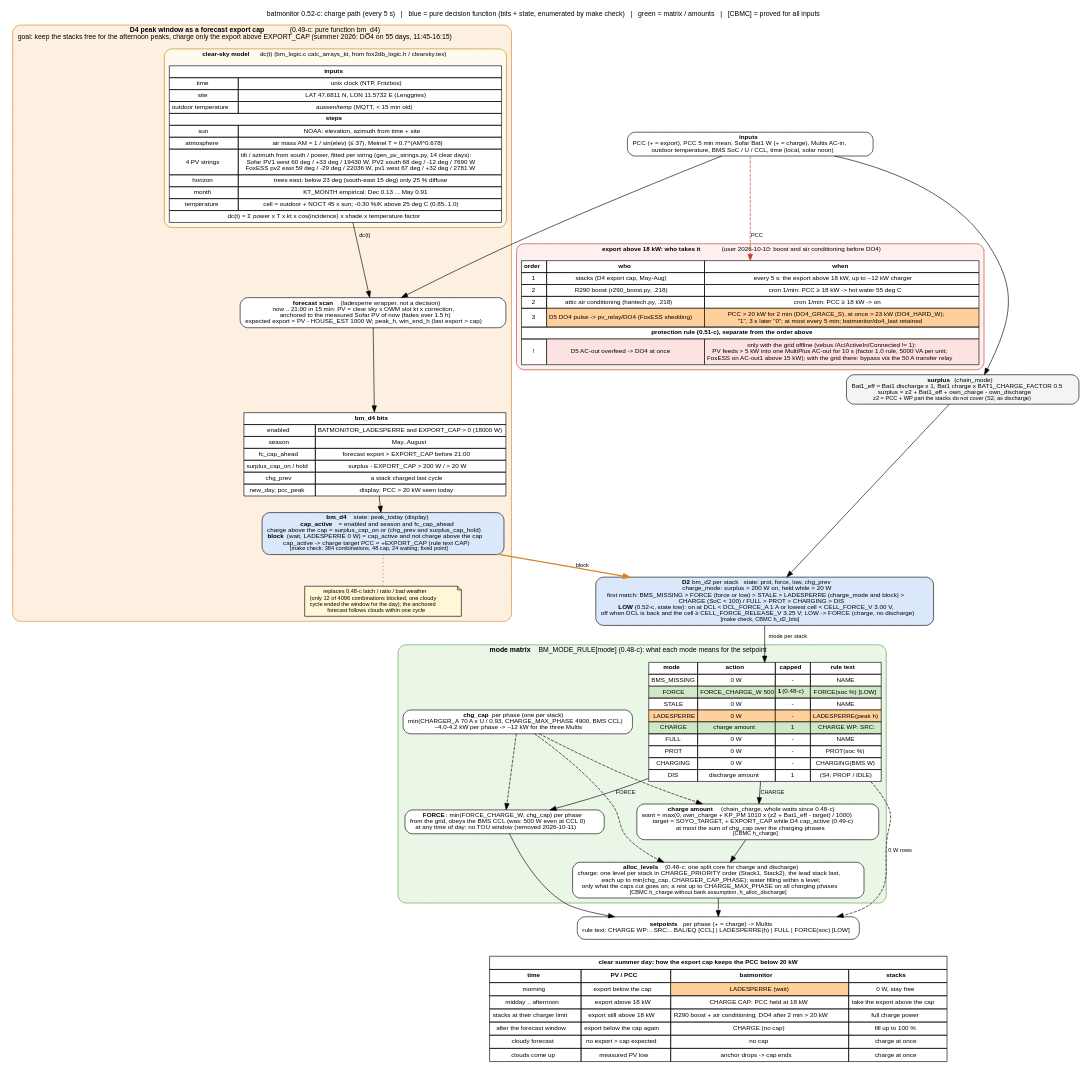
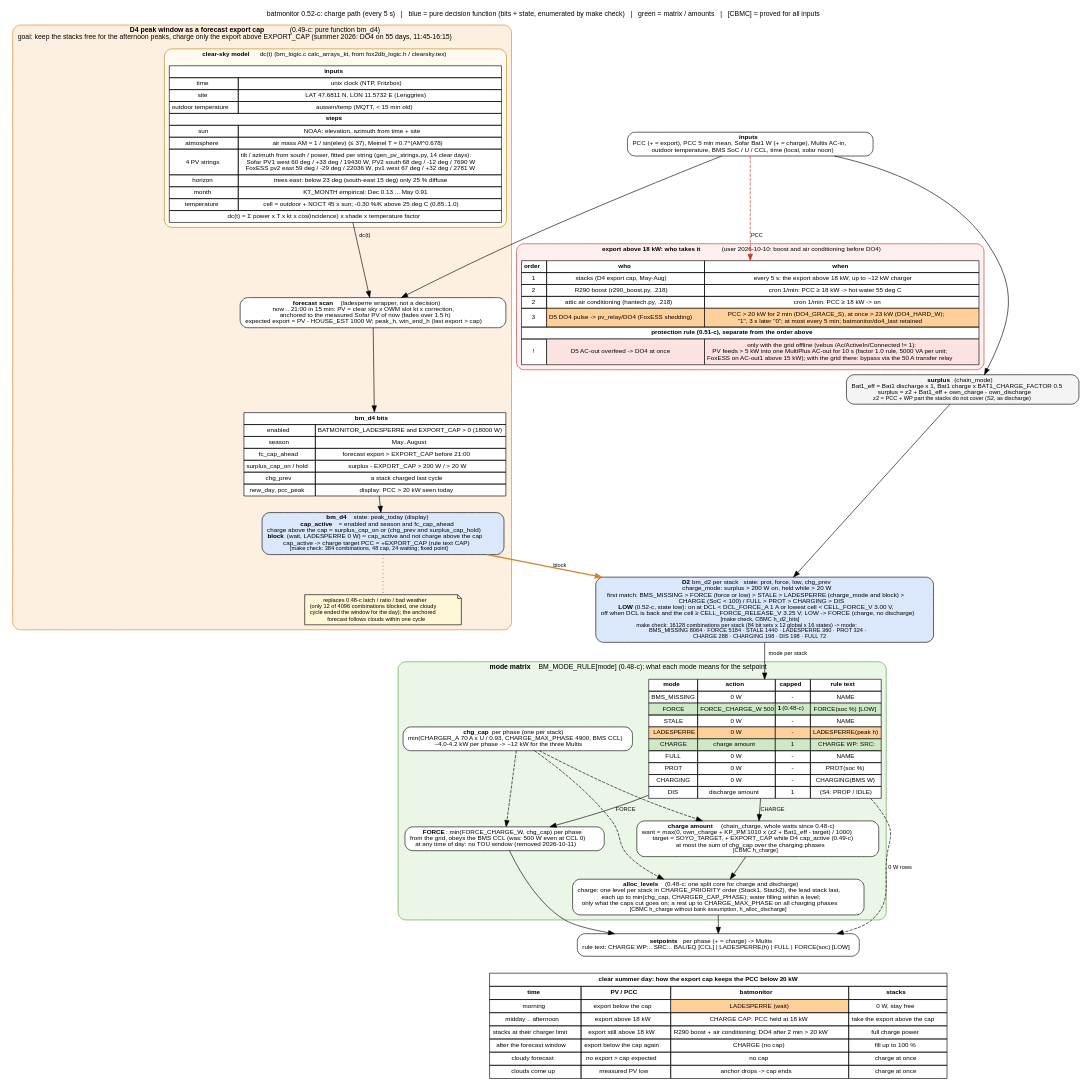
The diagram in docs/charge_flow.dot (gerontec/victron), drawn with Graphviz before and after one commit. The commit also changed 8 other files, not shown here.

Commit message:
docs: D2 boxes of the three flow charts labelled with the make check counts per stack (16128 -> nine modes)

```diff
--- a/docs/charge_flow.dot
+++ b/docs/charge_flow.dot
@@ -1,123 +1,123 @@
 // batmonitor 0.52-c: charge path of one cycle as decision matrices, with the summer peak window (D4 LADESPERRE)
 // that keeps the stacks free in the morning so they take the midday PV and the PCC export stays below 20 kW.
 // render: dot -Tpdf charge_flow.dot -o charge_flow.pdf   (or -Tpng)
 digraph charge {
 	graph [rankdir=TB, fontname="Helvetica", fontsize=11, nodesep=0.35, ranksep=0.35, newrank=true,
 		   label="batmonitor 0.52-c: charge path (every 5 s)   |   blue = pure decision function (bits + state, enumerated by make check)   |   green = matrix / amounts   |   [CBMC] = proved for all inputs",
 		   labelloc=t];
 	node [shape=box, style="rounded,filled", fillcolor="#f4f4f4", fontname="Helvetica", fontsize=10];
 	edge [fontname="Helvetica", fontsize=9];
 
 	in [label=<<b>inputs</b><br/>PCC (+ = export), PCC 5 min mean, Sofar Bat1 W (+ = charge), Multis AC-in,<br/>outdoor temperature, BMS SoC / U / CCL, time (local, solar noon)>, fillcolor="#ffffff"];
 
 	surplus [label=<<b>surplus</b> (chain_mode)<br/>Bat1_eff = Bat1 discharge x 1, Bat1 charge x BAT1_CHARGE_FACTOR 0.5<br/>surplus = z2 + Bat1_eff + own_charge - own_discharge<br/><font point-size="9">z2 = PCC + WP part the stacks do not cover (S2, as discharge)</font>>];
 
 	subgraph cluster_d4 {
 		label=<<b>D4 peak window as a forecast export cap</b> (0.49-c: pure function bm_d4)<br/>goal: keep the stacks free for the afternoon peaks, charge only the export above EXPORT_CAP (summer 2026: DO4 on 55 days, 11:45-16:15)>;
 		style="rounded,filled"; fillcolor="#fdf0e0"; color="#d9822b"; fontsize=11;
 		subgraph cluster_sky {
 			label=<<b>clear-sky model</b> dc(t) (bm_logic.c calc_arrays_kt, from fox2db_logic.h / clearsky.tex)>;
 			style="rounded,filled"; fillcolor="#fffaf0"; color="#b8860b"; fontsize=10;
 			sky [shape=plain, label=<
 				<table border="0" cellborder="1" cellspacing="0" cellpadding="3" bgcolor="#ffffff">
 				<tr><td colspan="2"><b>inputs</b></td></tr>
 				<tr><td>time</td><td>unix clock (NTP, Fritzbox)</td></tr>
 				<tr><td>site</td><td>LAT 47.6811 N, LON 11.5732 E (Lenggries)</td></tr>
 				<tr><td>outdoor temperature</td><td>aussen/temp (MQTT, &lt; 15 min old)</td></tr>
 				<tr><td colspan="2"><b>steps</b></td></tr>
 				<tr><td>sun</td><td>NOAA: elevation, azimuth from time + site</td></tr>
 				<tr><td>atmosphere</td><td>air mass AM = 1 / sin(elev) (&le; 37), Meinel T = 0.7^(AM^0.678)</td></tr>
 				<tr><td>4 PV strings</td><td>tilt / azimuth from south / power, fitted per string (gen_pv_strings.py, 14 clear days):<br/>Sofar PV1 west 60 deg / +33 deg / 19430 W, PV2 south 68 deg / -12 deg / 7690 W<br/>FoxESS pv2 east 59 deg / -29 deg / 22036 W, pv1 west 67 deg / +32 deg / 2781 W</td></tr>
 				<tr><td>horizon</td><td>trees east: below 23 deg (south-east 15 deg) only 25 % diffuse</td></tr>
 				<tr><td>month</td><td>KT_MONTH empirical: Dec 0.13 ... May 0.91</td></tr>
 				<tr><td>temperature</td><td>cell = outdoor + NOCT 45 x sun; -0.30 %/K above 25 deg C (0.85..1.0)</td></tr>
 				<tr><td colspan="2">dc(t) = &Sigma; power x T x kt x cos(incidence) x shade x temperature factor</td></tr>
 				</table>>];
 		}
 		model [label=<<b>forecast scan</b> (ladesperre wrapper, not a decision)<br/>now .. 21:00 in 15 min: PV = clear sky x OWM slot kt x correction,<br/>anchored to the measured Sofar PV of now (fades over 1.5 h)<br/>expected export = PV - HOUSE_EST 1000 W; peak_h, win_end_h (last export &gt; cap)>, fillcolor="#ffffff"];
 		sky -> model [label=" dc(t)"];
 		d4bits [shape=plain, label=<
 			<table border="0" cellborder="1" cellspacing="0" cellpadding="3" bgcolor="#ffffff">
 			<tr><td colspan="2"><b>bm_d4 bits</b></td></tr>
 			<tr><td>enabled</td><td>BATMONITOR_LADESPERRE and EXPORT_CAP &gt; 0 (18000 W)</td></tr>
 			<tr><td>season</td><td>May..August</td></tr>
 			<tr><td>fc_cap_ahead</td><td>forecast export &gt; EXPORT_CAP before 21:00</td></tr>
 			<tr><td>surplus_cap_on / hold</td><td>surplus - EXPORT_CAP &gt; 200 W / &gt; 20 W</td></tr>
 			<tr><td>chg_prev</td><td>a stack charged last cycle</td></tr>
 			<tr><td>new_day, pcc_peak</td><td>display: PCC &gt; 20 kW seen today</td></tr>
 			</table>>];
 		d4 [label=<<b>bm_d4</b>   state: peak_today (display)<br/><b>cap_active</b> = enabled and season and fc_cap_ahead<br/>charge above the cap = surplus_cap_on or (chg_prev and surplus_cap_hold)<br/><b>block</b> (wait, LADESPERRE 0 W) = cap_active and not charge above the cap<br/>cap_active -&gt; charge target PCC = +EXPORT_CAP (rule text CAP)<br/><font point-size="9">[make check: 384 combinations, 48 cap, 24 waiting; fixed point]</font>>, fillcolor="#dbe8fb"];
 		note_ls [shape=note, fillcolor="#fff7d6", fontsize=9, label=<replaces 0.48-c latch / ratio / bad weather<br/>(only 12 of 4096 combinations blocked, one cloudy<br/>cycle ended the window for the day); the anchored<br/>forecast follows clouds within one cycle>];
 		model -> d4bits -> d4;
 		d4 -> note_ls [style=dotted, arrowhead=none];
 	}
 
-	d2 [label=<<b>D2</b> bm_d2 per stack   state: prot, force, low, chg_prev<br/>charge_mode: surplus &gt; 200 W on, held while &gt; 20 W<br/>first match: BMS_MISSING &gt; FORCE (force or low) &gt; STALE &gt; LADESPERRE (charge_mode and block) &gt;<br/>CHARGE (SoC &lt; 100) / FULL &gt; PROT &gt; CHARGING &gt; DIS<br/><b>LOW</b> (0.52-c, state low): on at DCL &lt; DCL_FORCE_A 1 A or lowest cell &lt; CELL_FORCE_V 3.00 V,<br/>off when DCL is back and the cell &ge; CELL_FORCE_RELEASE_V 3.25 V; LOW -&gt; FORCE (charge, no discharge)<br/><font point-size="9">[make check, CBMC h_d2_bits]</font>>, fillcolor="#dbe8fb"];
+	d2 [label=<<b>D2</b> bm_d2 per stack   state: prot, force, low, chg_prev<br/>charge_mode: surplus &gt; 200 W on, held while &gt; 20 W<br/>first match: BMS_MISSING &gt; FORCE (force or low) &gt; STALE &gt; LADESPERRE (charge_mode and block) &gt;<br/>CHARGE (SoC &lt; 100) / FULL &gt; PROT &gt; CHARGING &gt; DIS<br/><b>LOW</b> (0.52-c, state low): on at DCL &lt; DCL_FORCE_A 1 A or lowest cell &lt; CELL_FORCE_V 3.00 V,<br/>off when DCL is back and the cell &ge; CELL_FORCE_RELEASE_V 3.25 V; LOW -&gt; FORCE (charge, no discharge)<br/><font point-size="9">[make check, CBMC h_d2_bits]</font><br/><font point-size="9">make check: 16128 combinations per stack (84 bit sets x 12 global x 16 states) -&gt; mode:<br/>BMS_MISSING 8064 · FORCE 5184 · STALE 1440 · LADESPERRE 360 · PROT 324 ·<br/>CHARGE 288 · CHARGING 198 · DIS 198 · FULL 72</font>>, fillcolor="#dbe8fb"];
 
 	subgraph cluster_mode {
 		label=<<b>mode matrix</b> BM_MODE_RULE[mode] (0.48-c): what each mode means for the setpoint>;
 		style="rounded,filled"; fillcolor="#eaf6e6"; color="#5a9e4b"; fontsize=11;
 		mrule [shape=plain, label=<
 			<table border="0" cellborder="1" cellspacing="0" cellpadding="3" bgcolor="#ffffff">
 			<tr><td><b>mode</b></td><td><b>action</b></td><td><b>capped</b></td><td><b>rule text</b></td></tr>
 			<tr><td>BMS_MISSING</td><td>0 W</td><td>-</td><td>NAME</td></tr>
 			<tr><td bgcolor="#cfe8c6">FORCE</td><td bgcolor="#cfe8c6">FORCE_CHARGE_W 500</td><td bgcolor="#cfe8c6"><b>1</b> (0.48-c)</td><td bgcolor="#cfe8c6">FORCE(soc %) [LOW]</td></tr>
 			<tr><td>STALE</td><td>0 W</td><td>-</td><td>NAME</td></tr>
 			<tr><td bgcolor="#ffd09a">LADESPERRE</td><td bgcolor="#ffd09a">0 W</td><td bgcolor="#ffd09a">-</td><td bgcolor="#ffd09a">LADESPERRE(peak h)</td></tr>
 			<tr><td bgcolor="#cfe8c6">CHARGE</td><td bgcolor="#cfe8c6">charge amount</td><td bgcolor="#cfe8c6">1</td><td bgcolor="#cfe8c6">CHARGE WP: SRC:</td></tr>
 			<tr><td>FULL</td><td>0 W</td><td>-</td><td>NAME</td></tr>
 			<tr><td>PROT</td><td>0 W</td><td>-</td><td>PROT(soc %)</td></tr>
 			<tr><td>CHARGING</td><td>0 W</td><td>-</td><td>CHARGING(BMS W)</td></tr>
 			<tr><td>DIS</td><td>discharge amount</td><td>1</td><td>(S4: PROP / IDLE)</td></tr>
 			</table>>];
 		force [label=<<b>FORCE</b>: min(FORCE_CHARGE_W, chg_cap) per phase<br/>from the grid, obeys the BMS CCL (was: 500 W even at CCL 0)<br/>at any time of day: no TOU window (removed 2026-10-11)>, fillcolor="#ffffff"];
 		amount [label=<<b>charge amount</b> (chain_charge, whole watts since 0.48-c)<br/>want = max(0, own_charge + KP_PM 1010 x (z2 + Bat1_eff - target) / 1000)<br/>target = SOYO_TARGET, + EXPORT_CAP while D4 cap_active (0.49-c)<br/>at most the sum of chg_cap over the charging phases<br/><font point-size="9">[CBMC h_charge]</font>>, fillcolor="#ffffff"];
 		caps [label=<<b>chg_cap</b> per phase (one per stack)<br/>min(CHARGER_A 70 A x U / 0.93, CHARGE_MAX_PHASE 4900, BMS CCL)<br/>~4.0-4.2 kW per phase -&gt; ~12 kW for the three Multis>, fillcolor="#ffffff"];
 		alloc [label=<<b>alloc_levels</b> (0.48-c: one split core for charge and discharge)<br/>charge: one level per stack in CHARGE_PRIORITY order (Stack1, Stack2), the lead stack last,<br/>each up to min(chg_cap, CHARGER_CAP_PHASE); water filling within a level;<br/>only what the caps cut goes on; a rest up to CHARGE_MAX_PHASE on all charging phases<br/><font point-size="9">[CBMC h_charge without bank assumption, h_alloc_discharge]</font>>, fillcolor="#ffffff"];
 		mrule -> force [label=" FORCE"];
 		mrule -> amount [label=" CHARGE"];
 		caps -> amount [style=dashed];
 		caps -> alloc [style=dashed];
 		caps -> force [style=dashed];
 		amount -> alloc;
 	}
 
 	subgraph cluster_prio {
 		label=<<b>export above 18 kW: who takes it</b> (user 2026-10-10: boost and air conditioning before DO4)>;
 		style="rounded,filled"; fillcolor="#fff0f0"; color="#c0392b"; fontsize=10;
 		prio [shape=plain, label=<
 			<table border="0" cellborder="1" cellspacing="0" cellpadding="3" bgcolor="#ffffff">
 			<tr><td><b>order</b></td><td><b>who</b></td><td><b>when</b></td></tr>
 			<tr><td>1</td><td>stacks (D4 export cap, May-Aug)</td><td>every 5 s: the export above 18 kW, up to ~12 kW charger</td></tr>
 			<tr><td>2</td><td>R290 boost (r290_boost.py, .218)</td><td>cron 1/min: PCC &ge; 18 kW -&gt; hot water 55 deg C</td></tr>
 			<tr><td>2</td><td>attic air conditioning (hantech.py, .218)</td><td>cron 1/min: PCC &ge; 18 kW -&gt; on</td></tr>
 			<tr><td>3</td><td bgcolor="#ffd09a">D5 DO4 pulse -&gt; pv_relay/DO4 (FoxESS shedding)</td><td bgcolor="#ffd09a">PCC &gt; 20 kW for 2 min (DO4_GRACE_S), at once &gt; 23 kW (DO4_HARD_W);<br/>"1", 3 s later "0"; at most every 5 min; batmonitor/do4_last retained</td></tr>
 			<tr><td colspan="3"><b>protection rule (0.51-c), separate from the order above</b></td></tr>
 			<tr><td>!</td><td bgcolor="#fde2e2">D5 AC-out overfeed -&gt; DO4 at once</td><td bgcolor="#fde2e2">only with the grid offline (vebus /Ac/ActiveIn/Connected != 1):<br/>PV feeds &gt; 5 kW into one MultiPlus AC-out for 10 s (factor 1.0 rule, 5000 VA per unit;<br/>FoxESS on AC-out1 above 15 kW); with the grid there: bypass via the 50 A transfer relay</td></tr>
 			</table>>];
 	}
 
 	out [label=<<b>setpoints</b> per phase (+ = charge) -&gt; Multis<br/>rule text: CHARGE WP:.. SRC:.. BAL/EQ [CCL] | LADESPERRE(h) | FULL | FORCE(soc) [LOW]>, fillcolor="#ffffff"];
 
 	timeline [shape=plain, label=<
 		<table border="0" cellborder="1" cellspacing="0" cellpadding="4" bgcolor="#ffffff">
 		<tr><td colspan="4"><b>clear summer day: how the export cap keeps the PCC below 20 kW</b></td></tr>
 		<tr><td><b>time</b></td><td><b>PV / PCC</b></td><td><b>batmonitor</b></td><td><b>stacks</b></td></tr>
 		<tr><td>morning</td><td>export below the cap</td><td bgcolor="#ffd09a">LADESPERRE (wait)</td><td>0 W, stay free</td></tr>
 		<tr><td>midday .. afternoon</td><td>export above 18 kW</td><td>CHARGE CAP: PCC held at 18 kW</td><td>take the export above the cap</td></tr>
 		<tr><td>stacks at their charger limit</td><td>export still above 18 kW</td><td>R290 boost + air conditioning; DO4 after 2 min &gt; 20 kW</td><td>full charge power</td></tr>
 		<tr><td>after the forecast window</td><td>export below the cap again</td><td>CHARGE (no cap)</td><td>fill up to 100 %</td></tr>
 		<tr><td>cloudy forecast</td><td>no export &gt; cap expected</td><td>no cap</td><td>charge at once</td></tr>
 		<tr><td>clouds come up</td><td>measured PV low</td><td>anchor drops -&gt; cap ends</td><td>charge at once</td></tr>
 		</table>>];
 
 	in -> surplus -> d2;
 	in -> model;
 	in -> prio [style=dashed, label=" PCC", color="#c0392b"];
 	d4 -> d2 [color="#d9822b", penwidth=2, label=" block"];
 	d2 -> mrule [label=" mode per stack"];
 	force -> out;
 	alloc -> out;
 	mrule -> out [label=" 0 W rows", style=dashed];
 	out -> timeline [style=invis];
 }
```
